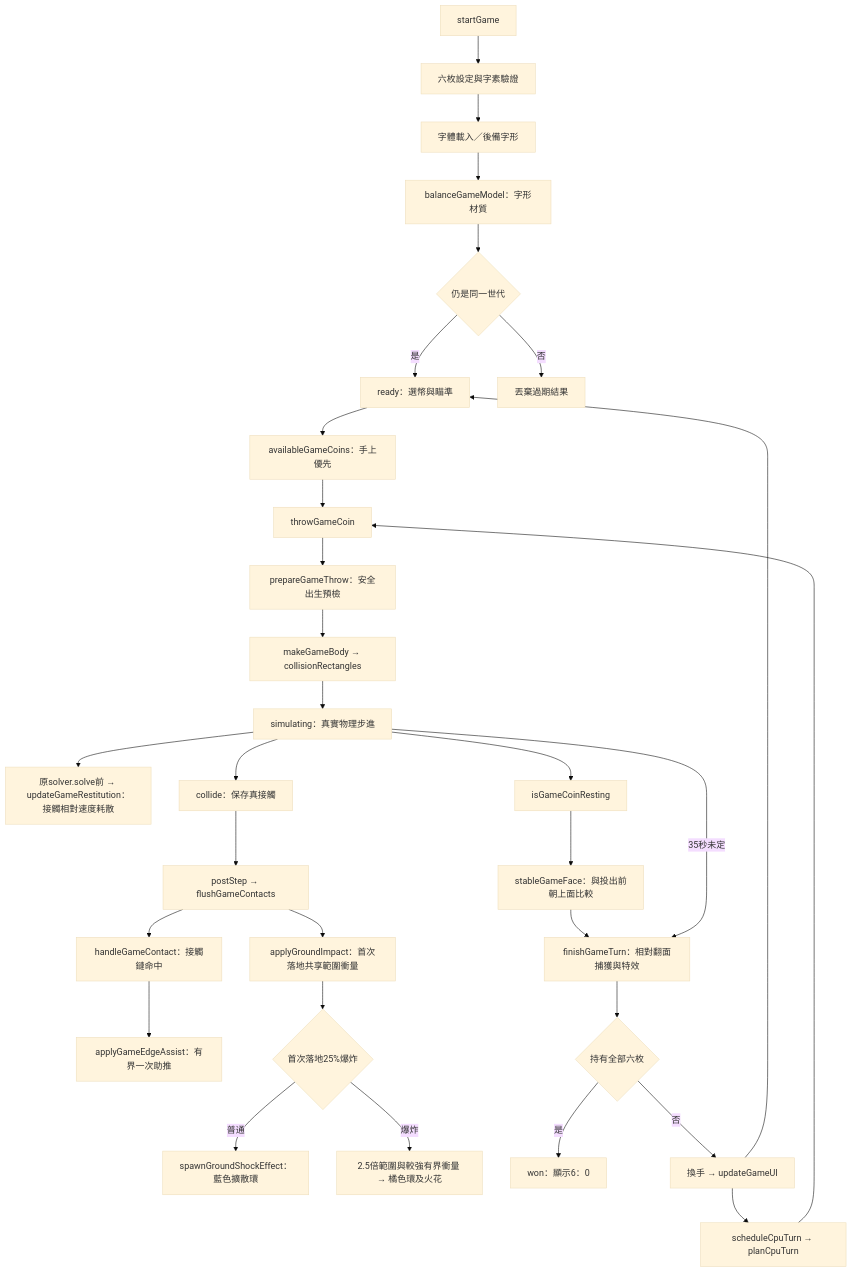
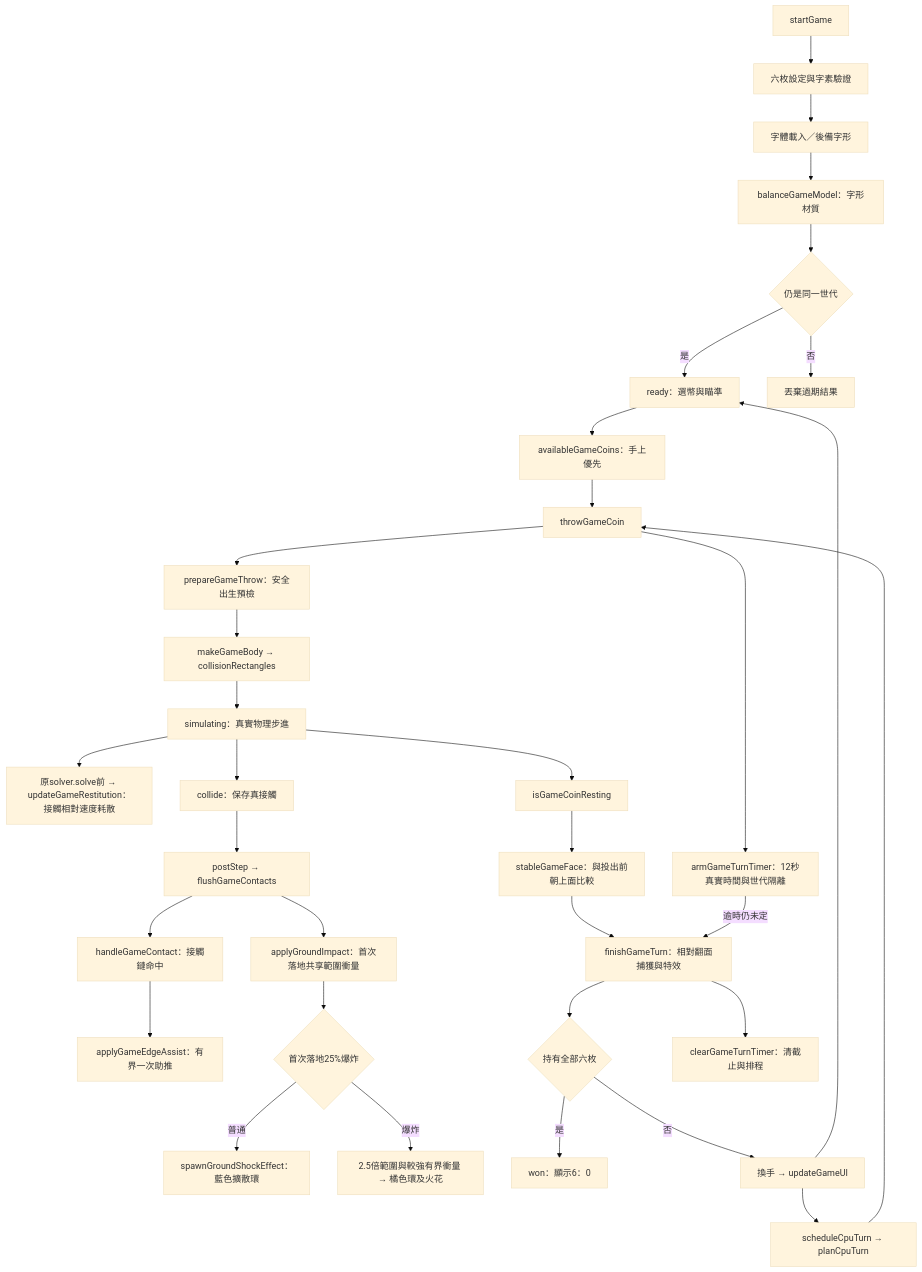
Before and after one commit to MiuDog/ong-a-piau: the fourth of 4 diagrams in architecture.md, drawn with Mermaid (base theme). The commit also changed other lines of this file and 6 other files, not shown here.

````diff
--- a/architecture.md
+++ b/architecture.md
@@ -88,33 +88,35 @@
 ```mermaid
 flowchart TD
 	Setup[startGame] --> Validate[六枚設定與字素驗證]
 	Validate --> Font[字體載入／後備字形]
 	Font --> Material[balanceGameModel：字形材質]
 	Material --> Epoch{仍是同一世代}
 	Epoch -->|是| Ready[ready：選幣與瞄準]
 	Epoch -->|否| Ignore[丟棄過期結果]
 	Ready --> Available[availableGameCoins：手上優先]
 	Available --> Throw[throwGameCoin]
 	Throw --> Prepare[prepareGameThrow：安全出生預檢]
 	Prepare --> Shape[makeGameBody → collisionRectangles]
 	Shape --> Sim[simulating：真實物理步進]
 	Sim --> ContactSpeed[原solver.solve前 → updateGameRestitution：接觸相對速度耗散]
 	Sim --> Queue[collide：保存真接觸]
 	Queue --> Flush[postStep → flushGameContacts]
 	Flush --> Hit[handleGameContact：接觸鏈命中]
 	Hit --> Edge[applyGameEdgeAssist：有界一次助推]
 	Flush --> Shock[applyGroundImpact：首次落地共享範圍衝量]
 	Shock --> Chance{首次落地25%爆炸}
 	Chance -->|普通| Ring[spawnGroundShockEffect：藍色擴散環]
 	Chance -->|爆炸| Blast[2.5倍範圍與較強有界衝量 → 橘色環及火花]
 	Sim --> Rest[isGameCoinResting]
 	Rest --> Face[stableGameFace：與投出前朝上面比較]
 	Face --> Capture[finishGameTurn：相對翻面捕獲與特效]
 	Capture --> Count{持有全部六枚}
 	Count -->|是| Won[won：顯示6：0]
 	Count -->|否| Next[換手 → updateGameUI]
 	Next --> CPU[scheduleCpuTurn → planCpuTurn]
 	CPU --> Throw
 	Next --> Ready
-	Sim -->|35秒未定| Capture
+	Throw --> Deadline[armGameTurnTimer：12秒真實時間與世代隔離]
+	Deadline -->|逾時仍未定| Capture
+	Capture --> ClearTimer[clearGameTurnTimer：清截止與排程]
 ```
````
